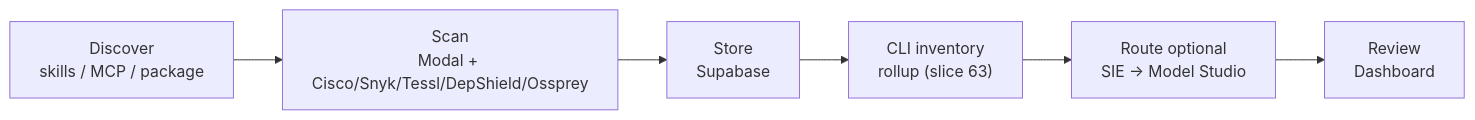
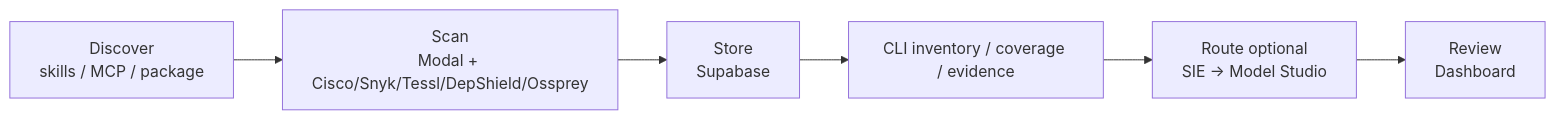
The diagram in README.md (neomatrix369/tripwire), drawn with Mermaid before and after one commit. The commit also changed other lines of this file and 13 other files, not shown here.

First line of the commit message:
feat(slice-66): evidence verify and injection guard

````diff
--- a/README.md
+++ b/README.md
@@ -205,8 +205,8 @@
 ```mermaid
 flowchart LR
   discover["Discover<br/>skills / MCP / package"] --> scan["Scan<br/>Modal + Cisco/Snyk/Tessl/DepShield/Ossprey"]
   scan --> store["Store<br/>Supabase"]
-  store --> inventory["CLI inventory<br/>rollup (slice 63)"]
+  store --> inventory["CLI inventory / coverage / evidence"]
   inventory --> route["Route optional<br/>SIE → Model Studio"]
   route --> review["Review<br/>Dashboard"]
 ```
````
